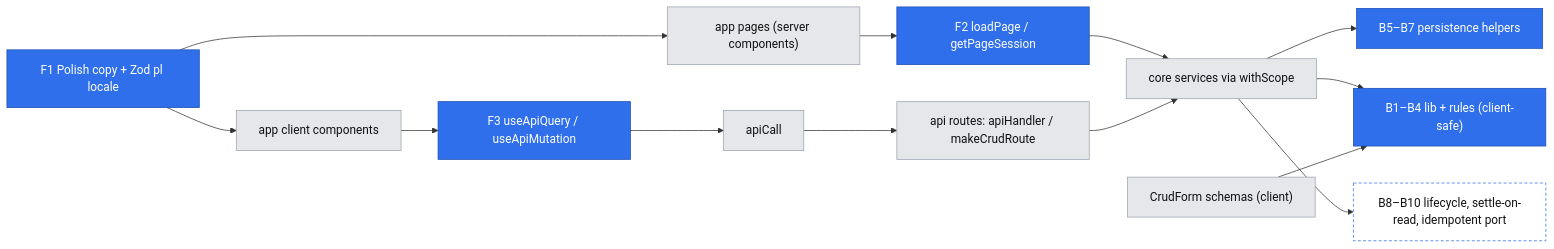
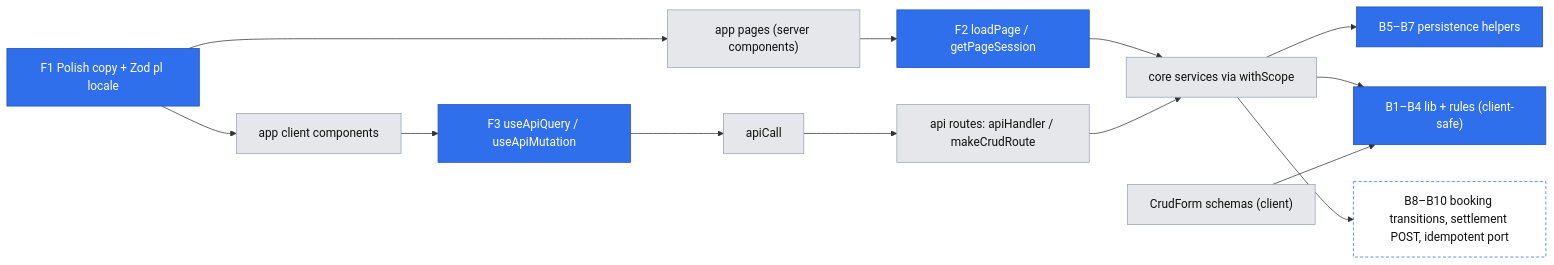
Before and after one commit to warnaa/aitl-mentio: the diagram in .ai/specs/2026-10-29-platform-primitives.md, drawn with Mermaid. The commit also changed other lines of this file and 4 other files, not shown here.

````diff
--- a/.ai/specs/2026-10-29-platform-primitives.md
+++ b/.ai/specs/2026-10-29-platform-primitives.md
@@ -86,17 +87,17 @@
 ```mermaid
 flowchart LR
     classDef existing fill:#e5e7eb,color:#111,stroke:#9ca3af
     classDef newp fill:#2f6feb,color:#fff,stroke:#1b4fb0
     classDef planned fill:#fff,color:#111,stroke:#2f6feb,stroke-dasharray: 4 3
 
     n1["app pages (server components)"]:::existing --> n2["F2 loadPage / getPageSession"]:::newp
     n2 --> n3["core services via withScope"]:::existing
     n4["app client components"]:::existing --> n5["F3 useApiQuery / useApiMutation"]:::newp
     n5 --> n6["apiCall"]:::existing --> n7["api routes: apiHandler / makeCrudRoute"]:::existing --> n3
     n3 --> n8["B5–B7 persistence helpers"]:::newp
     n3 --> n9["B1–B4 lib + rules (client-safe)"]:::newp
     n10["CrudForm schemas (client)"]:::existing --> n9
-    n3 --> n11["B8–B10 lifecycle, settle-on-read, idempotent port"]:::planned
+    n3 --> n11["B8–B10 booking transitions, settlement POST, idempotent port"]:::planned
     n12["F1 Polish copy + Zod pl locale"]:::newp --> n1
     n12 --> n4
 ```
````
